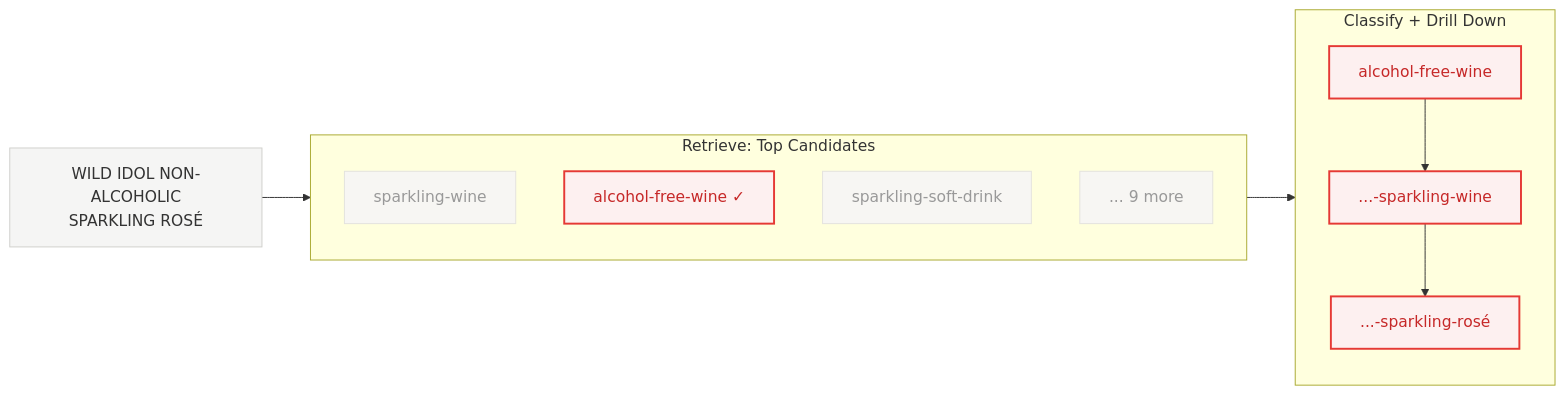
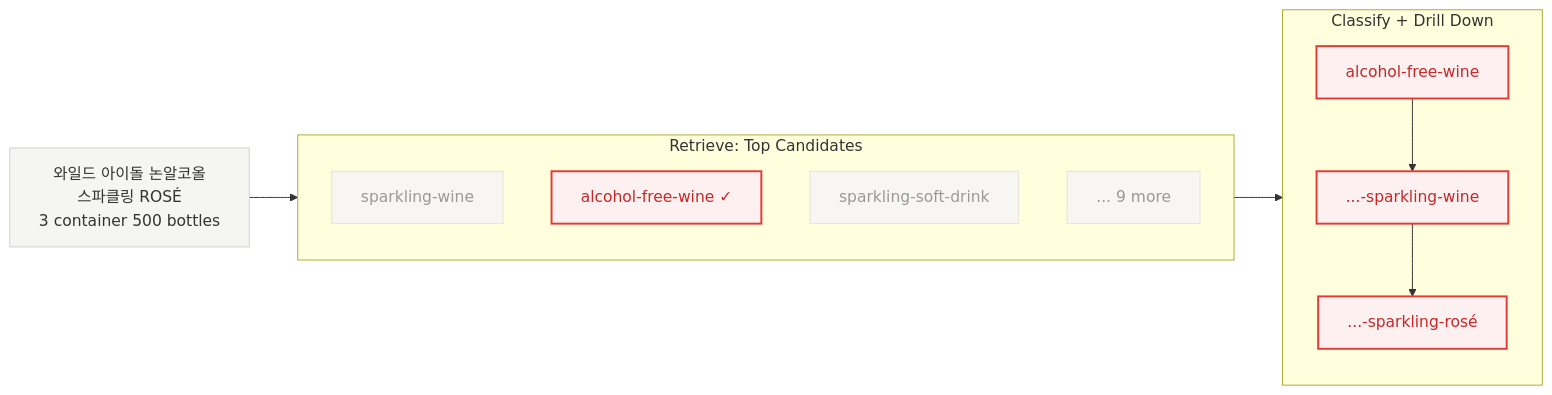
One commit to sion1171/sion1171.github.io changed the diagram in mermaid/classification-example.mmd. Above: the diagram before and after it, drawn with Mermaid. The commit also changed 2 other files, not shown here.

Commit message:
Update classification example with Korean input and context

```diff
--- a/mermaid/classification-example.mmd
+++ b/mermaid/classification-example.mmd
@@ -1,27 +1,27 @@
 flowchart LR
-    INPUT["WILD IDOL NON-ALCOHOLIC<br/>SPARKLING ROSÉ"]
+    INPUT["와일드 아이돌 논알코올<br/>스파클링 ROSÉ<br/>3 container 500 bottles"]
 
     subgraph RETRIEVE ["Retrieve: Top Candidates"]
         C1["sparkling-wine"]
         C2["alcohol-free-wine ✓"]
         C3["sparkling-soft-drink"]
         C4["... 9 more"]
     end
 
     subgraph CLASSIFY ["Classify + Drill Down"]
         D1["alcohol-free-wine"]
         D2["...-sparkling-wine"]
         D3["...-sparkling-rosé"]
         D1 --> D2 --> D3
     end
 
     INPUT --> RETRIEVE --> CLASSIFY
 
     style INPUT fill:#f5f5f4,stroke:#d0d0cc,color:#333
     style C2 fill:#fdf0f0,stroke:#e53935,stroke-width:2px,color:#c62828
     style C1 fill:#f7f6f3,stroke:#e3e2de,color:#999
     style C3 fill:#f7f6f3,stroke:#e3e2de,color:#999
     style C4 fill:#f7f6f3,stroke:#e3e2de,color:#999
     style D1 fill:#fdf0f0,stroke:#e53935,stroke-width:2px,color:#c62828
     style D2 fill:#fdf0f0,stroke:#e53935,stroke-width:2px,color:#c62828
     style D3 fill:#fdf0f0,stroke:#e53935,stroke-width:2px,color:#c62828
```
